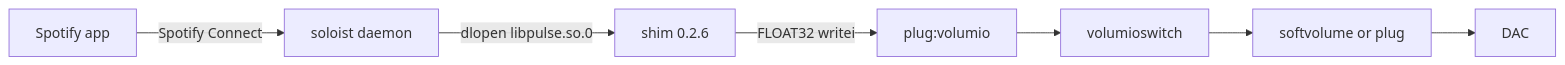
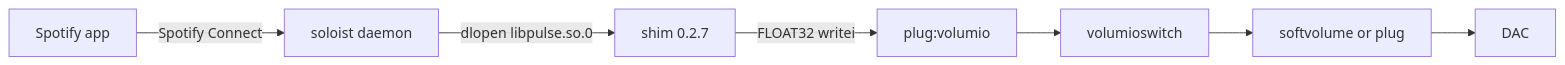
The first of 4 diagrams in README.md (foonerd/alsa_soloist_connect), drawn with Mermaid before and after one commit. The commit also changed other lines of this file and 16 other files, not shown here.

````diff
--- a/README.md
+++ b/README.md
@@ -32,9 +32,9 @@
 ```mermaid
 flowchart LR
     SpotifyApp["Spotify app"] -->|"Spotify Connect"| Soloist["soloist daemon"]
-    Soloist -->|"dlopen libpulse.so.0"| Shim["shim 0.2.6"]
+    Soloist -->|"dlopen libpulse.so.0"| Shim["shim 0.2.7"]
     Shim -->|"FLOAT32 writei"| Plug["plug:volumio"]
     Plug --> Switch["volumioswitch"]
     Switch --> Out["softvolume or plug"]
     Out --> Dac["DAC"]
 ```
````
